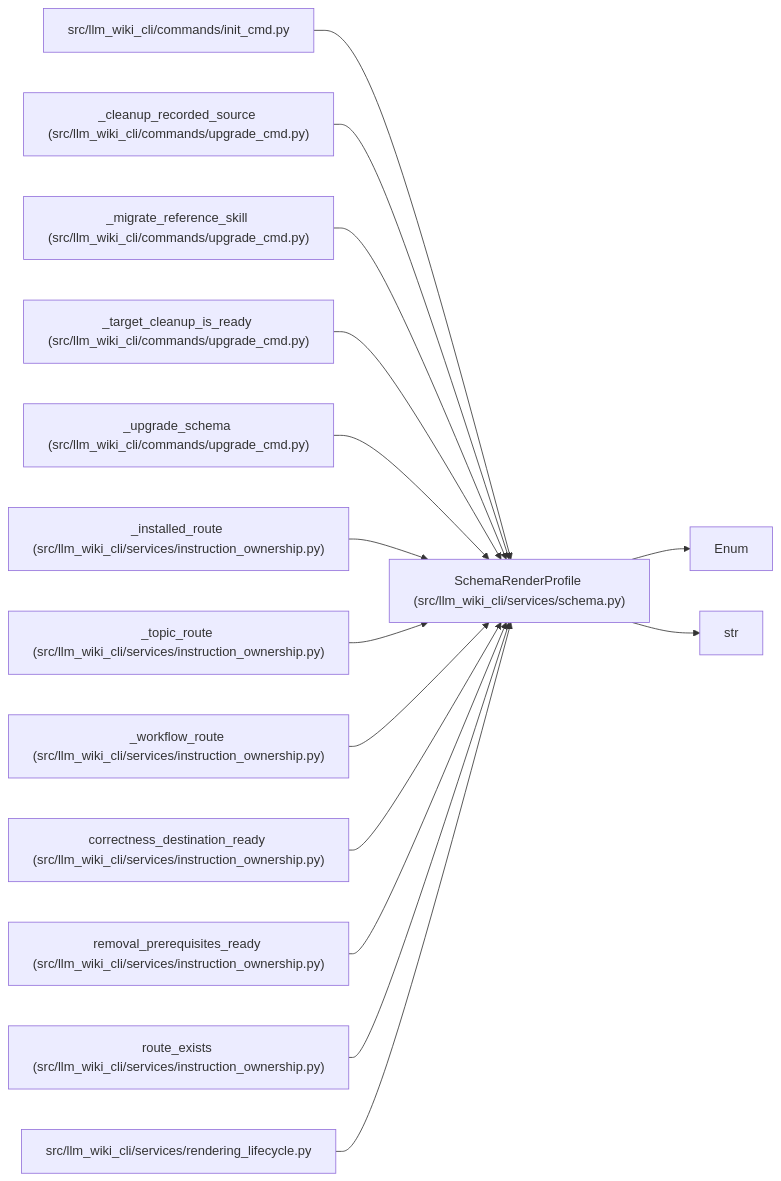
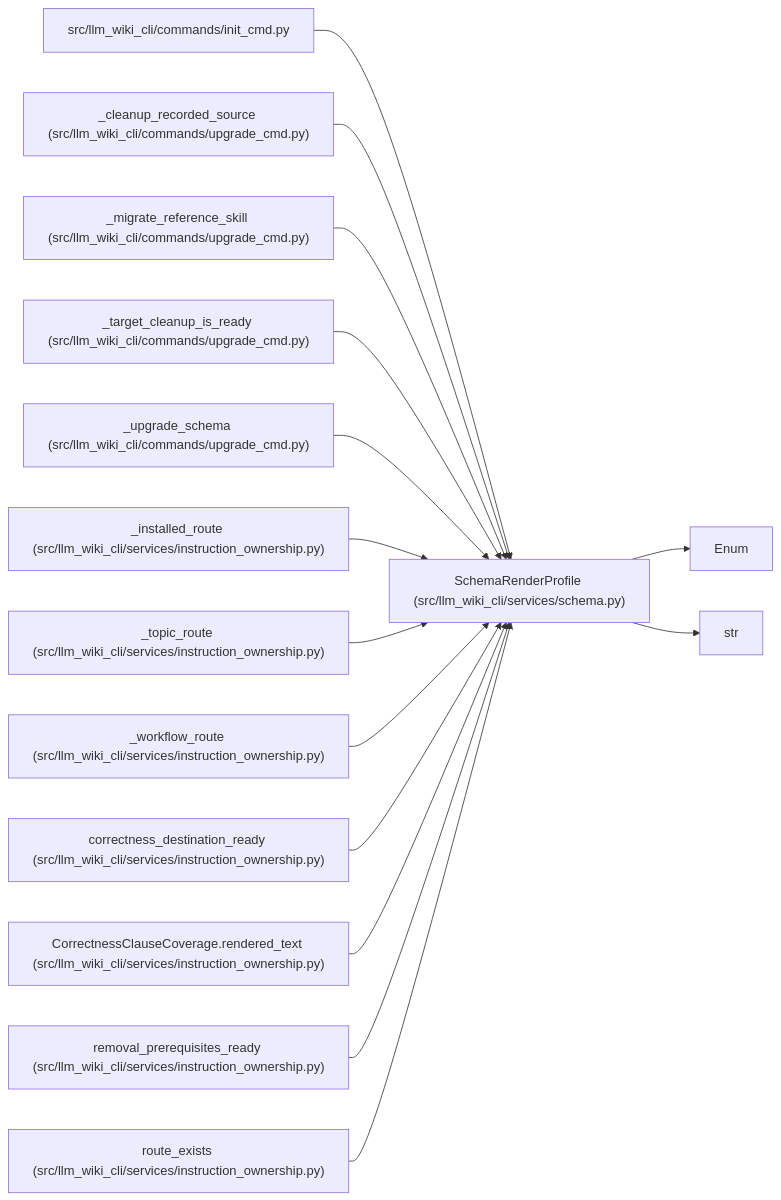
Before and after one commit to Denissvgn/python-wiki-llm: the diagram in docs/llm_wiki/entities/SchemaRenderProfile.md, drawn with Mermaid. The commit also changed other lines of this file and 268 other files, not shown here.

````diff
--- a/docs/llm_wiki/entities/SchemaRenderProfile.md
+++ b/docs/llm_wiki/entities/SchemaRenderProfile.md
@@ -26,45 +26,45 @@
 ```mermaid
 flowchart LR
     n0["SchemaRenderProfile (src/llm_wiki_cli/services/schema.py)"]
     n1["Enum"]
     n2["str"]
     n3["src/llm_wiki_cli/commands/init_cmd.py"]
     n4["_cleanup_recorded_source (src/llm_wiki_cli/commands/upgrade_cmd.py)"]
     n5["_migrate_reference_skill (src/llm_wiki_cli/commands/upgrade_cmd.py)"]
     n6["_target_cleanup_is_ready (src/llm_wiki_cli/commands/upgrade_cmd.py)"]
     n7["_upgrade_schema (src/llm_wiki_cli/commands/upgrade_cmd.py)"]
     n8["_installed_route (src/llm_wiki_cli/services/instruction_ownership.py)"]
     n9["_topic_route (src/llm_wiki_cli/services/instruction_ownership.py)"]
     n10["_workflow_route (src/llm_wiki_cli/services/instruction_ownership.py)"]
     n11["correctness_destination_ready (src/llm_wiki_cli/services/instruction_ownership.py)"]
-    n12["removal_prerequisites_ready (src/llm_wiki_cli/services/instruction_ownership.py)"]
-    n13["route_exists (src/llm_wiki_cli/services/instruction_ownership.py)"]
-    n14["src/llm_wiki_cli/services/rendering_lifecycle.py"]
+    n12["CorrectnessClauseCoverage.rendered_text (src/llm_wiki_cli/services/instruction_ownership.py)"]
+    n13["removal_prerequisites_ready (src/llm_wiki_cli/services/instruction_ownership.py)"]
+    n14["route_exists (src/llm_wiki_cli/services/instruction_ownership.py)"]
     n0 --> n1
     n0 --> n2
     n3 --> n0
     n4 --> n0
     n5 --> n0
     n6 --> n0
     n7 --> n0
     n8 --> n0
     n9 --> n0
     n10 --> n0
     n11 --> n0
     n12 --> n0
     n13 --> n0
     n14 --> n0
     click n0 "../modules/services_schema.md"
     click n3 "../modules/init_cmd.md"
     click n4 "../modules/upgrade_cmd.md"
     click n5 "../modules/upgrade_cmd.md"
     click n6 "../modules/upgrade_cmd.md"
     click n7 "../modules/upgrade_cmd.md"
     click n8 "../modules/instruction_ownership.md"
     click n9 "../modules/instruction_ownership.md"
     click n10 "../modules/instruction_ownership.md"
     click n11 "../modules/instruction_ownership.md"
     click n12 "../modules/instruction_ownership.md"
     click n13 "../modules/instruction_ownership.md"
-    click n14 "../modules/rendering_lifecycle.md"
+    click n14 "../modules/instruction_ownership.md"
 ```
````
